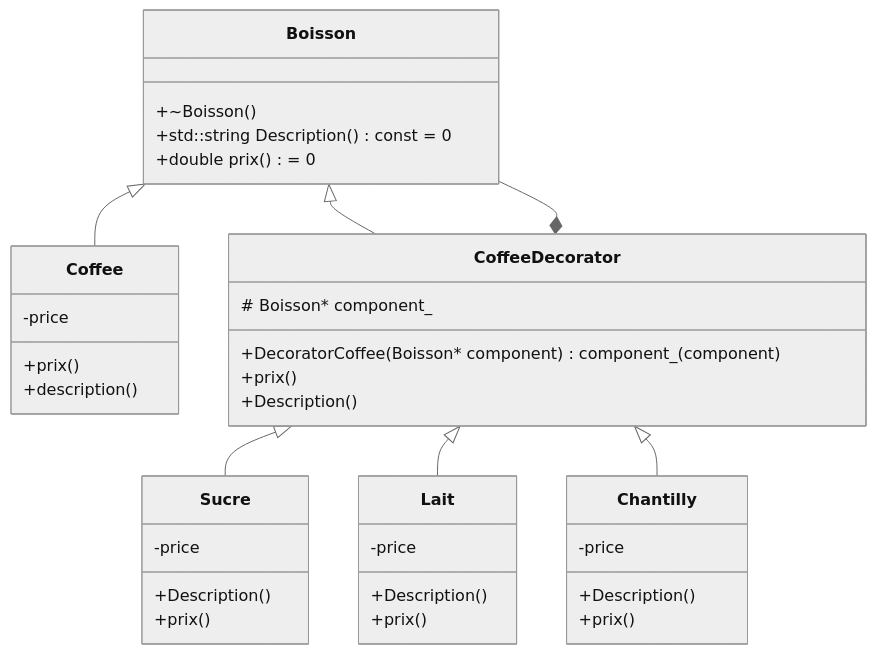
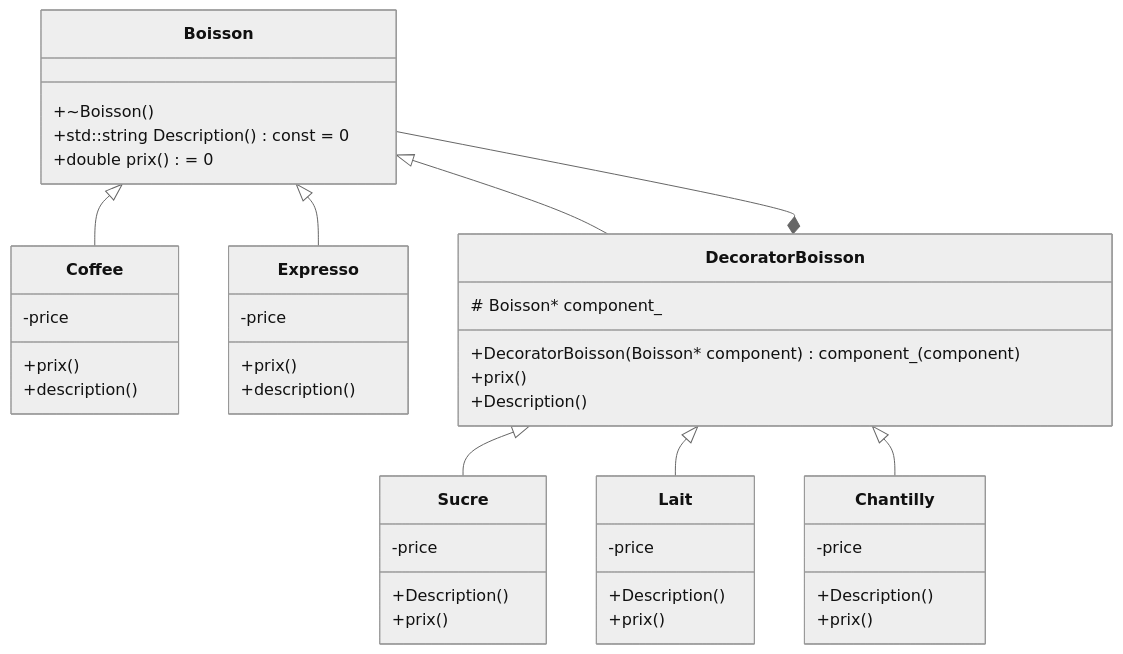
Before and after one commit to Kasimashi/Programme-de-Bases: the diagram in C++/Design Pattern/Structure/Décorateur/README.md, drawn with Mermaid (neutral theme). The commit also changed other lines of this file and 1 other file, not shown here.

Commit message:
Improve decorator

````diff
--- a/C++/Design Pattern/Structure/Décorateur/README.md
+++ b/C++/Design Pattern/Structure/Décorateur/README.md
@@ -10,47 +10,54 @@
 ```mermaid
 classDiagram
 
     class Boisson{     
         +~Boisson()
         +std::string Description() const = 0
         +double prix() = 0
     }
 
     class Coffee{
         -price
         +prix()
         +description()
     }
+    
+    class Expresso{
+        -price
+        +prix()
+        +description()
+    }
 
+    Boisson <|-- Expresso
     Boisson <|-- Coffee
-    Boisson <|-- CoffeeDecorator
-    CoffeeDecorator <|-- Sucre
-    CoffeeDecorator <|-- Lait
-    CoffeeDecorator <|-- Chantilly
-    CoffeeDecorator *-- Boisson
+    Boisson <|-- DecoratorBoisson
+    DecoratorBoisson <|-- Sucre
+    DecoratorBoisson <|-- Lait
+    DecoratorBoisson <|-- Chantilly
+    DecoratorBoisson *-- Boisson
 
-    class CoffeeDecorator{
+    class DecoratorBoisson{
         # Boisson* component_
-        +DecoratorCoffee(Boisson* component) : component_(component)
+        +DecoratorBoisson(Boisson* component) : component_(component)
         +prix()
         +Description()
     }
 
     class Sucre{
         -price
         +Description()
         +prix()
     }
 
     class Chantilly{
         -price
         +Description()
         +prix()
     }
 
     class Lait{
         -price
         +Description()
         +prix()
     }
 ```
````
